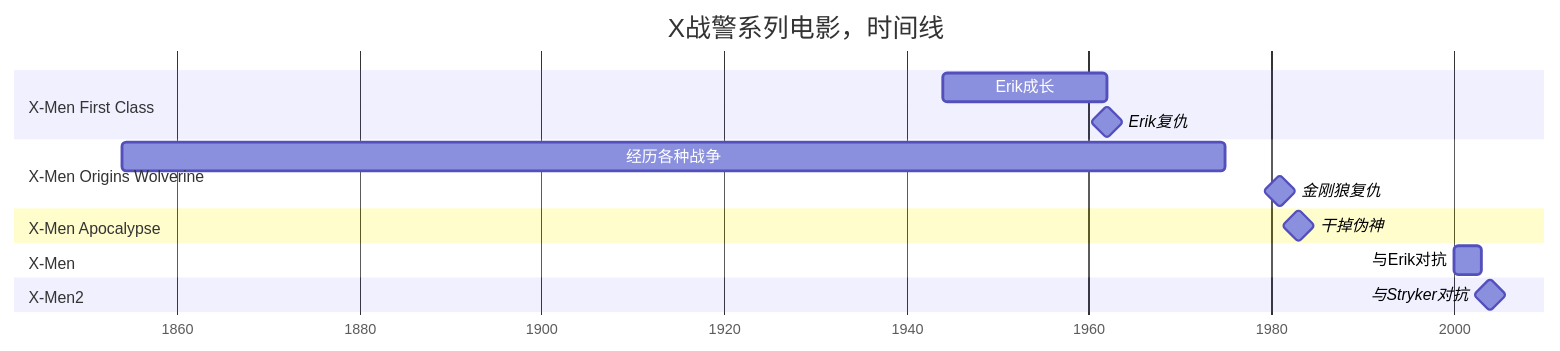
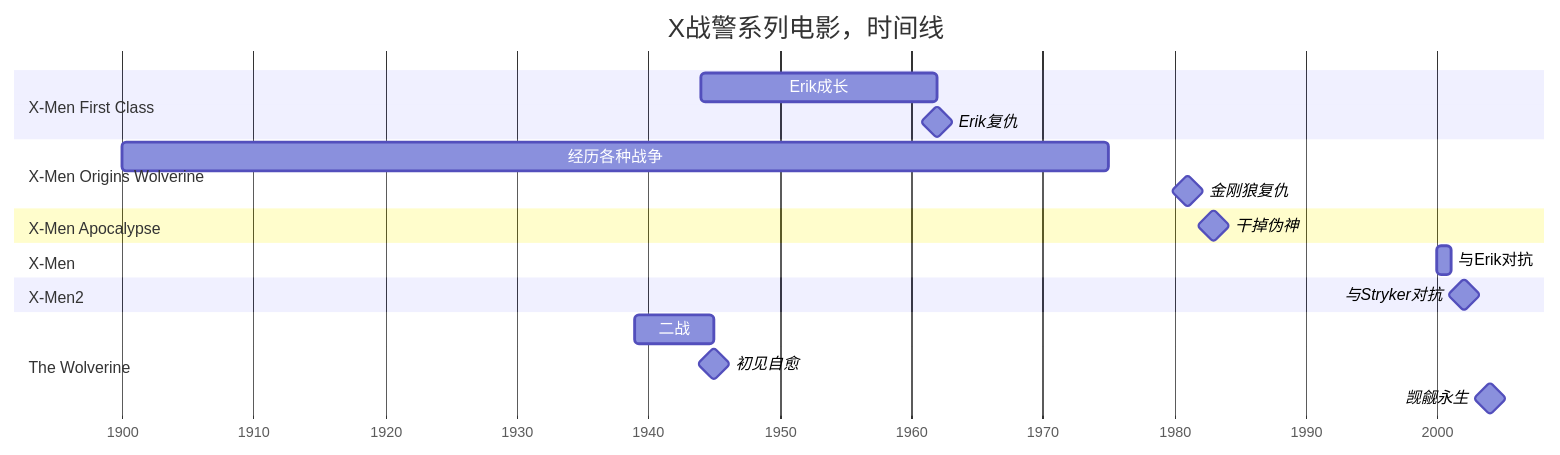
The diagram in 2021/11/life-movie-x-men/index.md (unclehuzi/unclehuzi.github.io), drawn with Mermaid before and after one commit. The commit also changed other lines of this file and 11 other files, not shown here.

```diff
--- a/2021/11/life-movie-x-men/index.md
+++ b/2021/11/life-movie-x-men/index.md
@@ -10,24 +10,29 @@
 {{< mermaid >}}
 gantt
     dateFormat YYYY
     axisFormat %Y
     title X战警系列电影，时间线
 
     section X-Men First Class
     Erik成长  : 1944,1962
     Erik复仇  : milestone,1962,1962
 
     section X-Men Origins Wolverine
-    经历各种战争 : 1854,1975
+    经历各种战争 : 1900,1975
     金刚狼复仇: milestone,1981,1981
 
 
     section X-Men Apocalypse
     干掉伪神 : milestone,1983,1983
 
     section X-Men
-    与Erik对抗 : 2000,2003
+    与Erik对抗 : 2000,2001
 
     section X-Men2
-    与Stryker对抗 : milestone,2004,2004
+    与Stryker对抗 : milestone,2002,2002
+
+    section The Wolverine
+    二战    : 1939,1945
+    初见自愈 : milestone,1945,1945
+    觊觎永生 : milestone,2004,2004
 {{< /mermaid >}}
```
